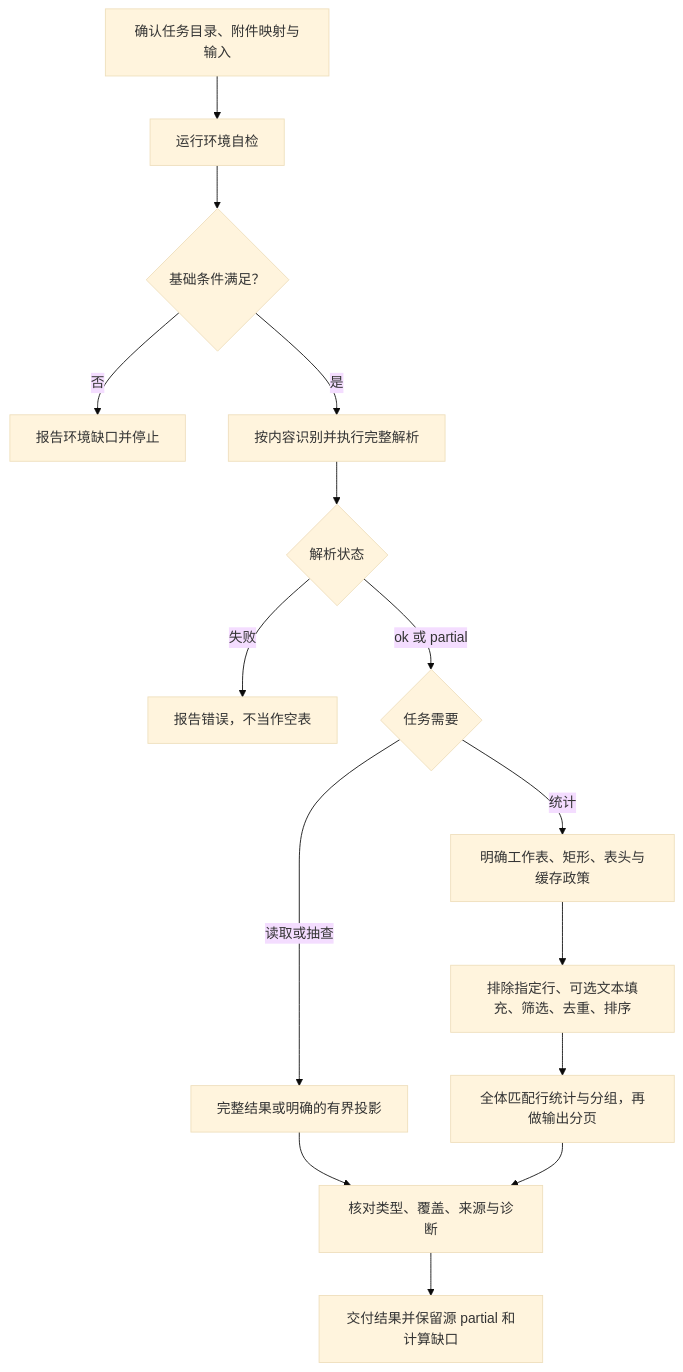
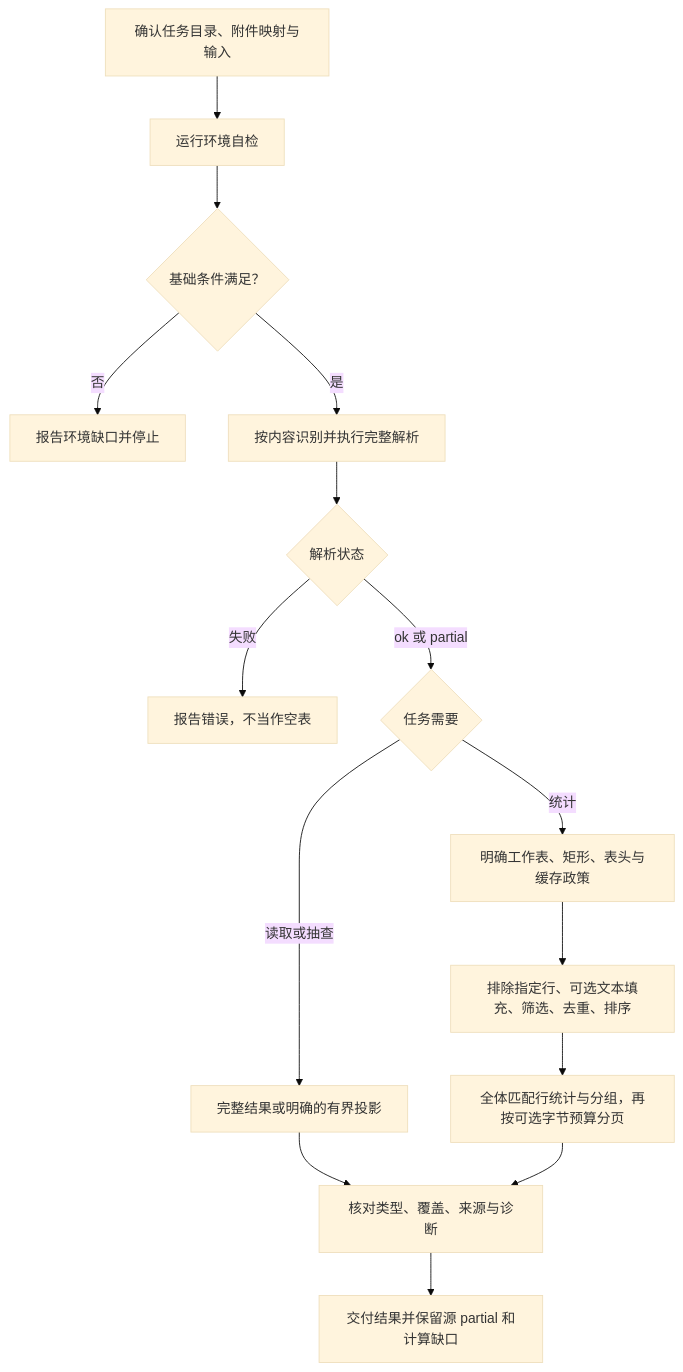
Before and after one commit to JohnParken/PSL-SKILLS: the second of 2 diagrams in docs/skills/et.md, drawn with Mermaid (base theme). The commit also changed other lines of this file and 17 other files, not shown here.

````diff
--- a/docs/skills/et.md
+++ b/docs/skills/et.md
@@ -56,17 +59,17 @@
 ```mermaid
 flowchart TD
     A["确认任务目录、附件映射与输入"] --> B["运行环境自检"]
     B --> C{"基础条件满足？"}
     C -->|"否"| X["报告环境缺口并停止"]
     C -->|"是"| D["按内容识别并执行完整解析"]
     D --> E{"解析状态"}
     E -->|"失败"| Y["报告错误，不当作空表"]
     E -->|"ok 或 partial"| F{"任务需要"}
     F -->|"读取或抽查"| G["完整结果或明确的有界投影"]
     F -->|"统计"| H["明确工作表、矩形、表头与缓存政策"]
     H --> I["排除指定行、可选文本填充、筛选、去重、排序"]
-    I --> J["全体匹配行统计与分组，再做输出分页"]
+    I --> J["全体匹配行统计与分组，再按可选字节预算分页"]
     G --> K["核对类型、覆盖、来源与诊断"]
     J --> K
     K --> L["交付结果并保留源 partial 和计算缺口"]
 ```
````
